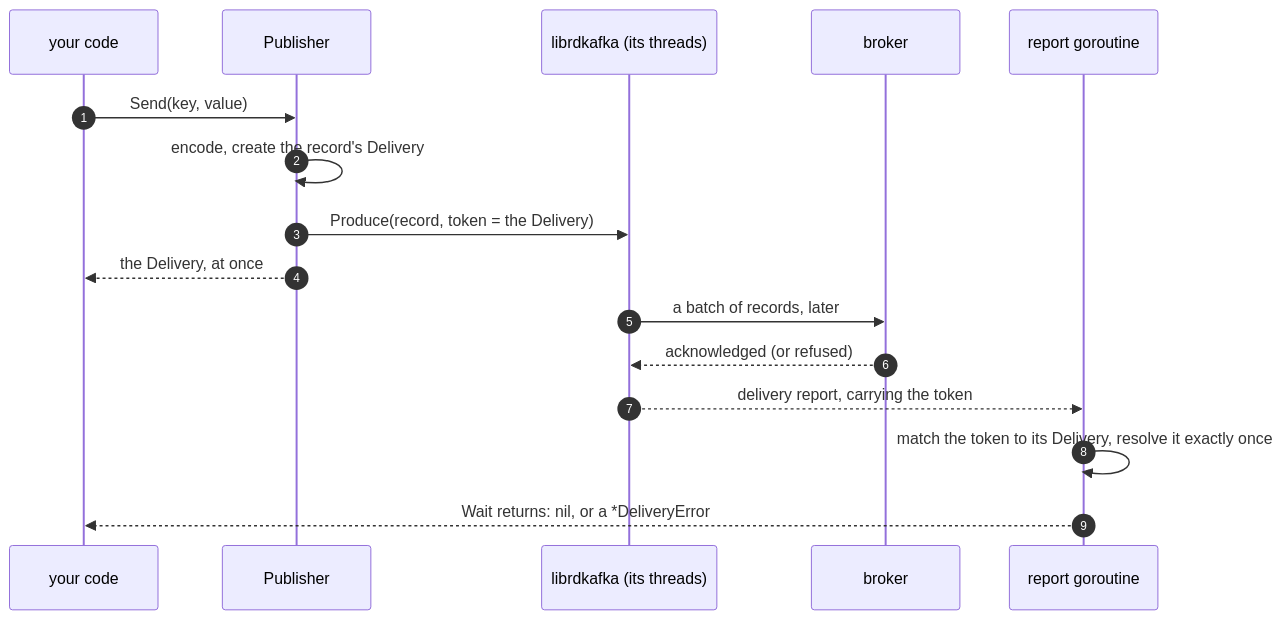
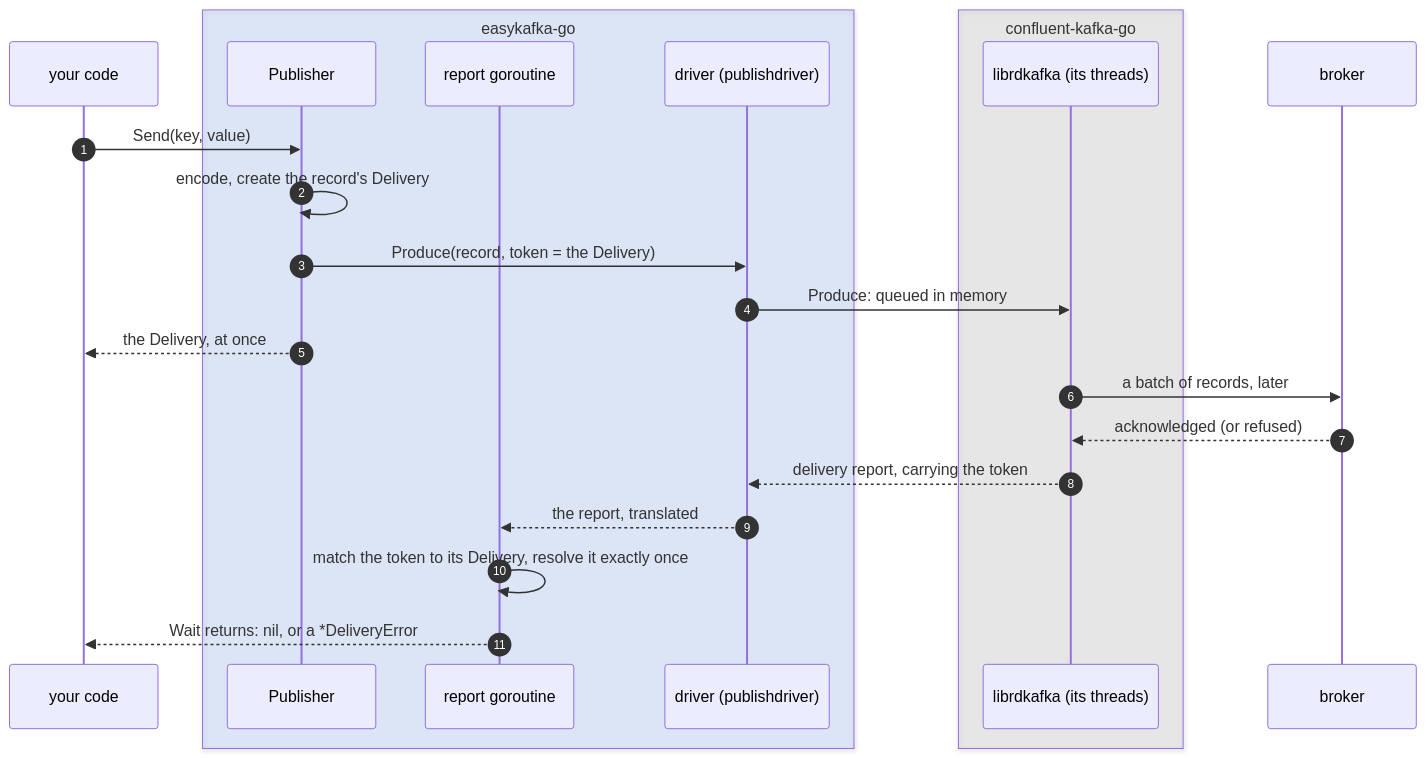
One commit to easykafka/easykafka-go changed the first of 2 diagrams in developer-doc.md. Above: the diagram before and after it, drawn with Mermaid. The commit also changed other lines of this file, not shown here.

First line of the commit message:
docs(developer-doc): group the library's lanes and define Delivery

````diff
--- a/developer-doc.md
+++ b/developer-doc.md
@@ -66,19 +73,26 @@
 ```mermaid
 sequenceDiagram
     autonumber
     participant app as your code
-    participant pub as Publisher
-    participant rd as librdkafka (its threads)
+    box rgba(80, 140, 255, 0.15) easykafka-go
+        participant pub as Publisher
+        participant rg as report goroutine
+        participant drv as driver (publishdriver)
+    end
+    box rgba(150, 150, 150, 0.15) confluent-kafka-go
+        participant rd as librdkafka (its threads)
+    end
     participant k as broker
-    participant rg as report goroutine
 
     app->>pub: Send(key, value)
     pub->>pub: encode, create the record's Delivery
-    pub->>rd: Produce(record, token = the Delivery)
+    pub->>drv: Produce(record, token = the Delivery)
+    drv->>rd: Produce: queued in memory
     pub-->>app: the Delivery, at once
     rd->>k: a batch of records, later
     k-->>rd: acknowledged (or refused)
-    rd-->>rg: delivery report, carrying the token
+    rd-->>drv: delivery report, carrying the token
+    drv-->>rg: the report, translated
     rg->>rg: match the token to its Delivery, resolve it exactly once
     rg-->>app: Wait returns: nil, or a *DeliveryError
 ```
````
